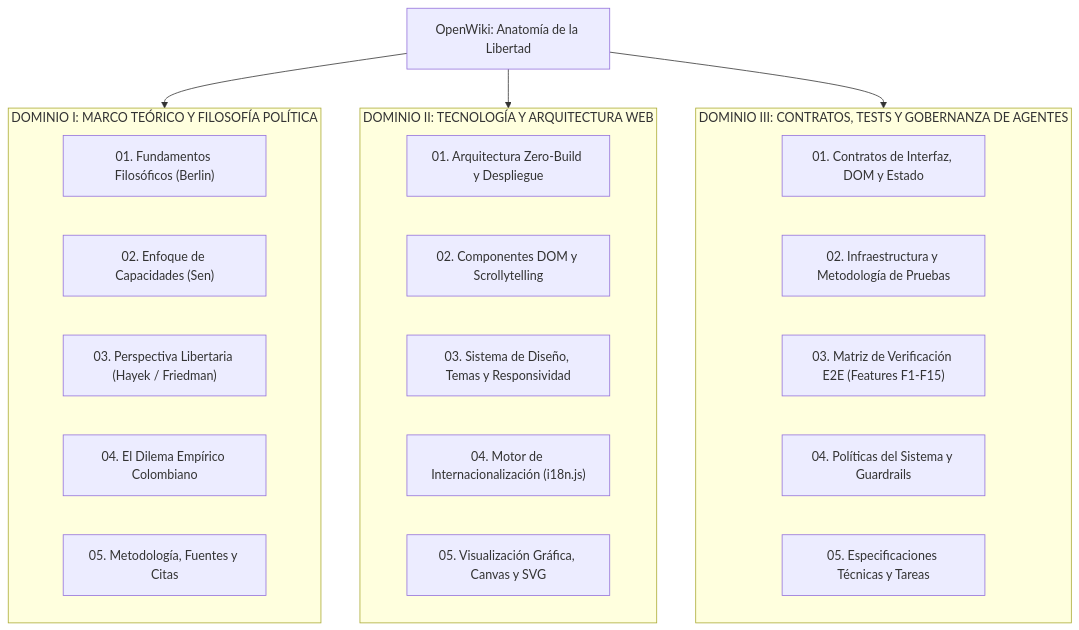
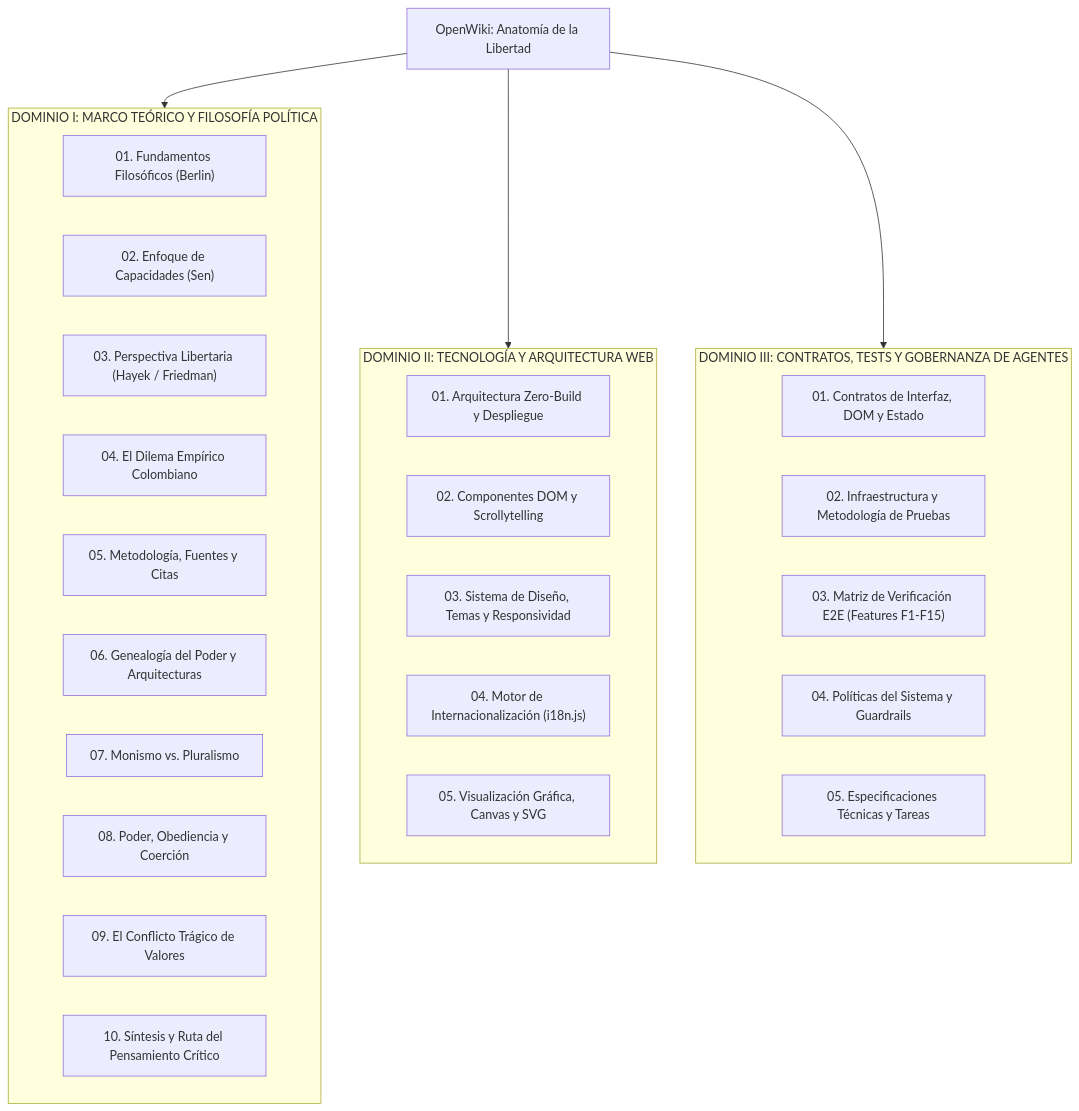
One commit to willkwolf/isaiah-berlin-liberty-infographic changed the diagram in openwiki/README.md. Above: the diagram before and after it, drawn with Mermaid. The commit also changed other lines of this file and 9 other files, not shown here.

````diff
--- a/openwiki/README.md
+++ b/openwiki/README.md
@@ -14,32 +14,37 @@
 ```mermaid
 graph TD
     Root["OpenWiki: Anatomía de la Libertad"]
     
     subgraph D1["DOMINIO I: MARCO TEÓRICO Y FILOSOFÍA POLÍTICA"]
         D1_1["01. Fundamentos Filosóficos (Berlin)"]
         D1_2["02. Enfoque de Capacidades (Sen)"]
         D1_3["03. Perspectiva Libertaria (Hayek / Friedman)"]
         D1_4["04. El Dilema Empírico Colombiano"]
         D1_5["05. Metodología, Fuentes y Citas"]
+        D1_6["06. Genealogía del Poder y Arquitecturas"]
+        D1_7["07. Monismo vs. Pluralismo"]
+        D1_8["08. Poder, Obediencia y Coerción"]
+        D1_9["09. El Conflicto Trágico de Valores"]
+        D1_10["10. Síntesis y Ruta del Pensamiento Crítico"]
     end
     
     subgraph D2["DOMINIO II: TECNOLOGÍA Y ARQUITECTURA WEB"]
         D2_1["01. Arquitectura Zero-Build y Despliegue"]
         D2_2["02. Componentes DOM y Scrollytelling"]
         D2_3["03. Sistema de Diseño, Temas y Responsividad"]
         D2_4["04. Motor de Internacionalización (i18n.js)"]
         D2_5["05. Visualización Gráfica, Canvas y SVG"]
     end
     
     subgraph D3["DOMINIO III: CONTRATOS, TESTS Y GOBERNANZA DE AGENTES"]
         D3_1["01. Contratos de Interfaz, DOM y Estado"]
         D3_2["02. Infraestructura y Metodología de Pruebas"]
         D3_3["03. Matriz de Verificación E2E (Features F1-F15)"]
         D3_4["04. Políticas del Sistema y Guardrails"]
         D3_5["05. Especificaciones Técnicas y Tareas"]
     end
     
     Root --> D1
     Root --> D2
     Root --> D3
 ```
````
